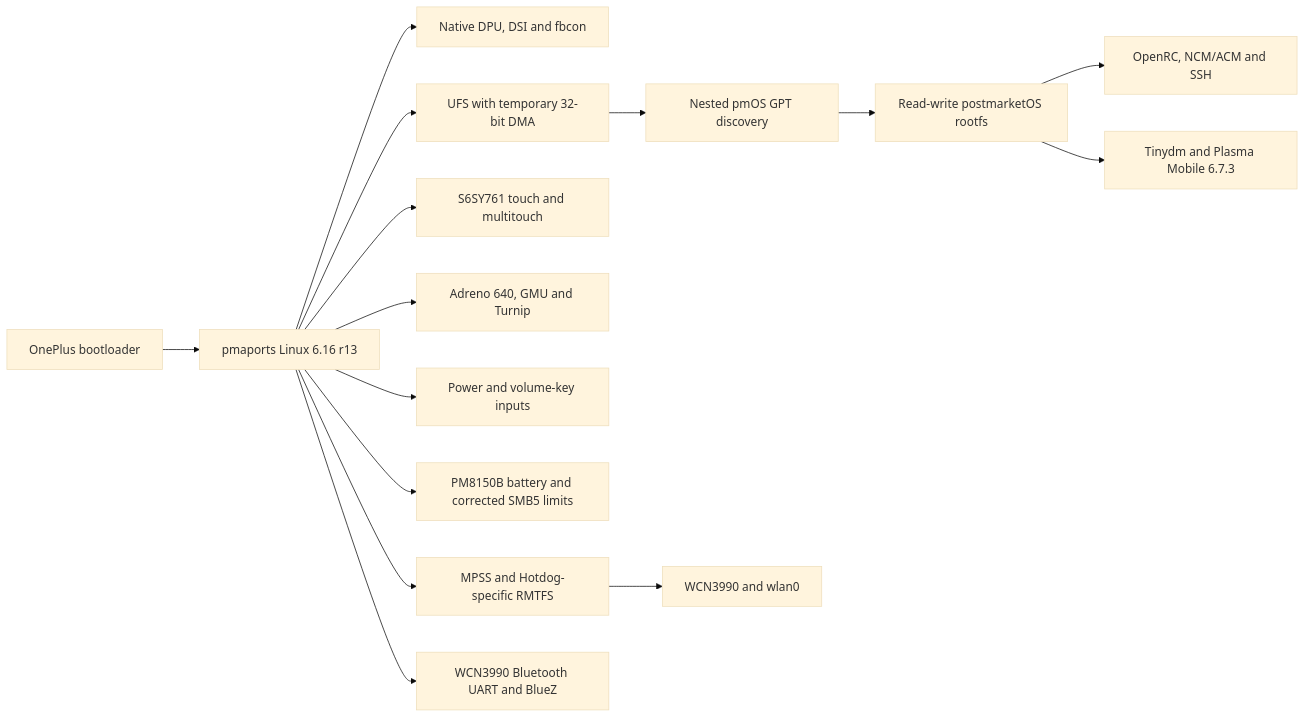
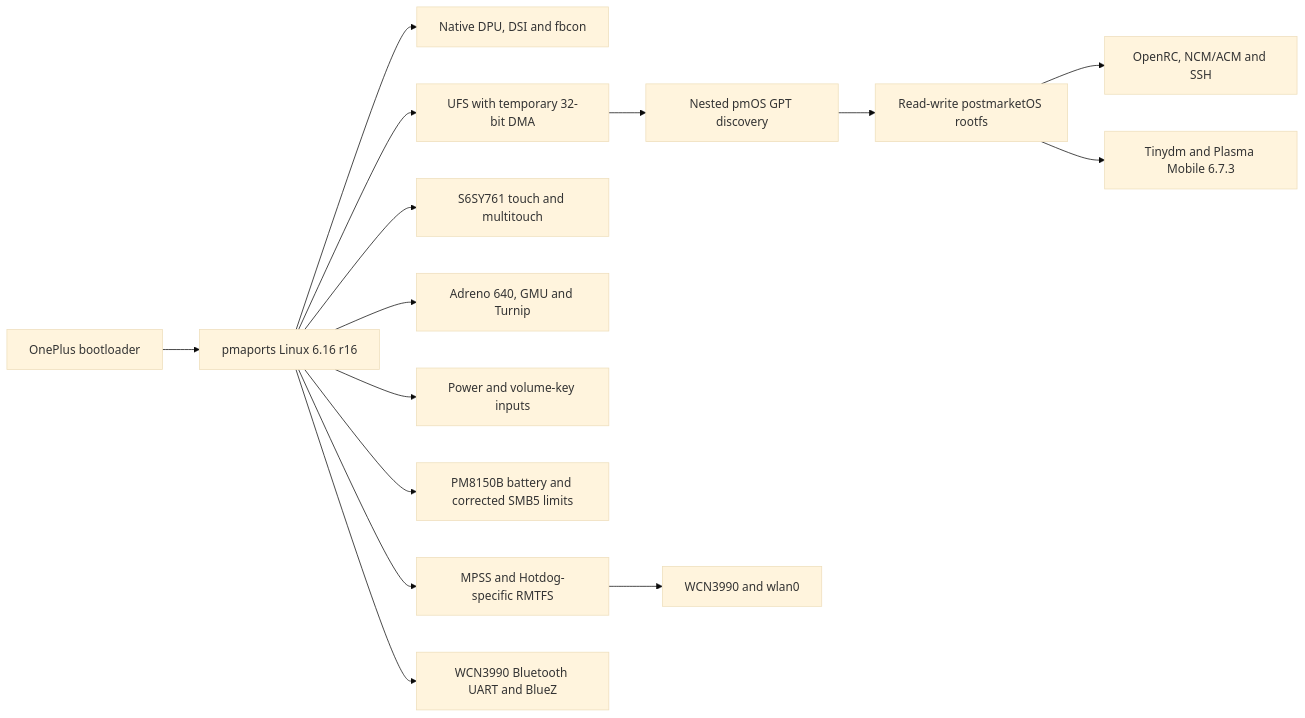
One commit to Sr-0w/hotdog-linux-bringup changed the diagram in README.md. Above: the diagram before and after it, drawn with Mermaid (base theme). The commit also changed other lines of this file and 9 other files, not shown here.

````diff
--- a/README.md
+++ b/README.md
@@ -212,17 +230,17 @@
 ```mermaid
 flowchart LR
-    A["OnePlus bootloader"] --> B["pmaports Linux 6.16 r13"]
+    A["OnePlus bootloader"] --> B["pmaports Linux 6.16 r16"]
     B --> C["Native DPU, DSI and fbcon"]
     B --> D["UFS with temporary 32-bit DMA"]
     D --> E["Nested pmOS GPT discovery"]
     E --> F["Read-write postmarketOS rootfs"]
     F --> G["OpenRC, NCM/ACM and SSH"]
     F --> L["Tinydm and Plasma Mobile 6.7.3"]
     B --> H["S6SY761 touch and multitouch"]
     B --> I["Adreno 640, GMU and Turnip"]
     B --> J["Power and volume-key inputs"]
     B --> K["PM8150B battery and corrected SMB5 limits"]
     B --> M["MPSS and Hotdog-specific RMTFS"]
     M --> N["WCN3990 and wlan0"]
     B --> O["WCN3990 Bluetooth UART and BlueZ"]
 ```
````
